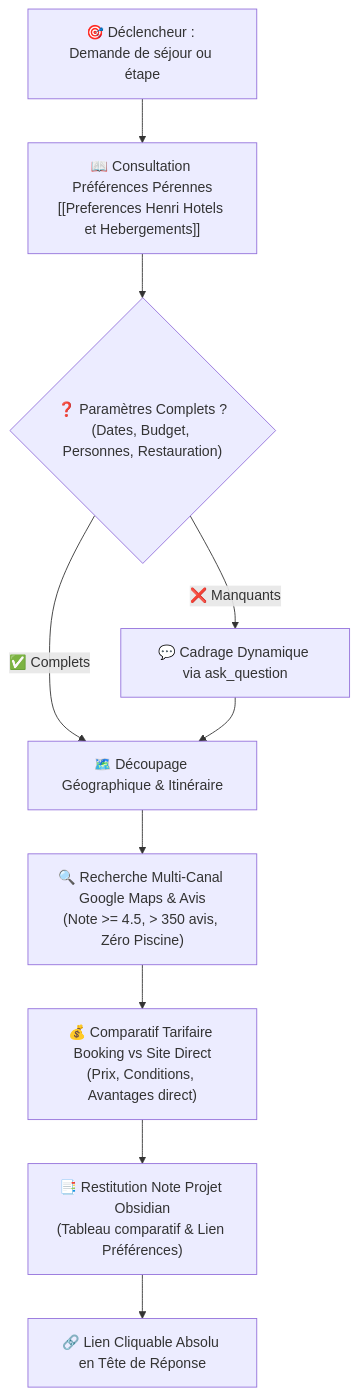
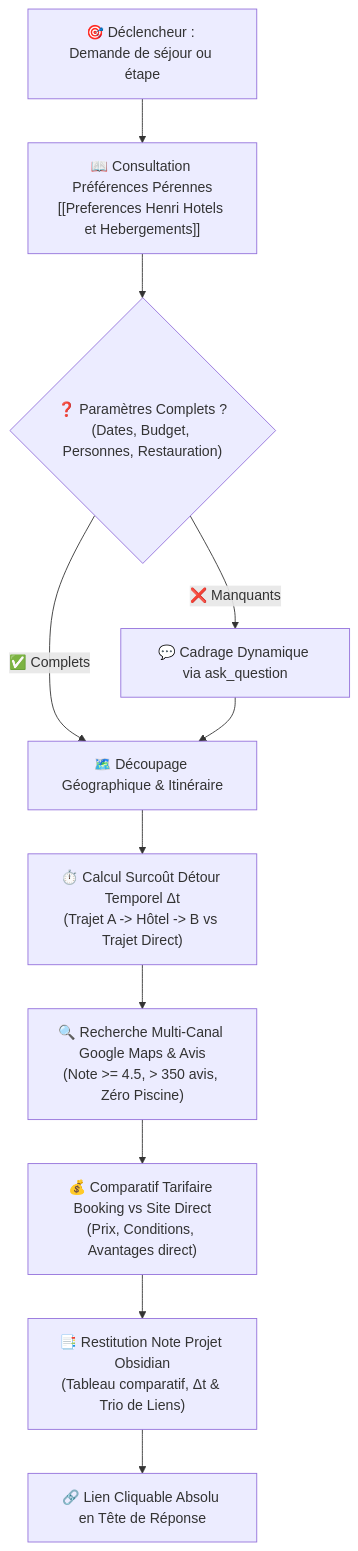
The diagram in src/skills/hotel-scout/SKILL.md (hjamet/cursor-memory-bank), drawn with Mermaid before and after one commit. The commit also changed other lines of this file, not shown here.

Commit message:
feat(hotel-scout): calcul systématique du surcoût de détour temporel Delta t sur itinéraire

````diff
--- a/src/skills/hotel-scout/SKILL.md
+++ b/src/skills/hotel-scout/SKILL.md
@@ -8,12 +8,13 @@
 ```mermaid
 flowchart TD
     A["🎯 Déclencheur : Demande de séjour ou étape"] --> B["📖 Consultation Préférences Pérennes<br/>[[Preferences Henri Hotels et Hebergements]]"]
     B --> C{"❓ Paramètres Complets ?<br/>(Dates, Budget, Personnes, Restauration)"}
     C -->|❌ Manquants| D["💬 Cadrage Dynamique via ask_question"]
     C -->|✅ Complets| E["🗺️ Découpage Géographique & Itinéraire"]
     D --> E
-    E --> F["🔍 Recherche Multi-Canal Google Maps & Avis<br/>(Note >= 4.5, > 350 avis, Zéro Piscine)"]
-    F --> G["💰 Comparatif Tarifaire Booking vs Site Direct<br/>(Prix, Conditions, Avantages direct)"]
-    G --> H["📑 Restitution Note Projet Obsidian<br/>(Tableau comparatif & Lien Préférences)"]
-    H --> I["🔗 Lien Cliquable Absolu en Tête de Réponse"]
+    E --> F["⏱️ Calcul Surcoût Détour Temporel Δt<br/>(Trajet A -> Hôtel -> B vs Trajet Direct)"]
+    F --> G["🔍 Recherche Multi-Canal Google Maps & Avis<br/>(Note >= 4.5, > 350 avis, Zéro Piscine)"]
+    G --> H["💰 Comparatif Tarifaire Booking vs Site Direct<br/>(Prix, Conditions, Avantages direct)"]
+    H --> I["📑 Restitution Note Projet Obsidian<br/>(Tableau comparatif, Δt & Trio de Liens)"]
+    I --> J["🔗 Lien Cliquable Absolu en Tête de Réponse"]
 ```
````
